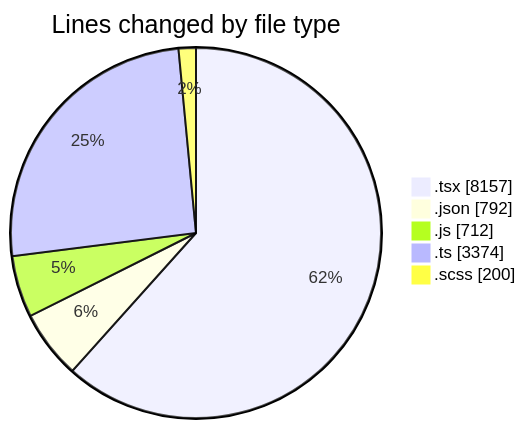
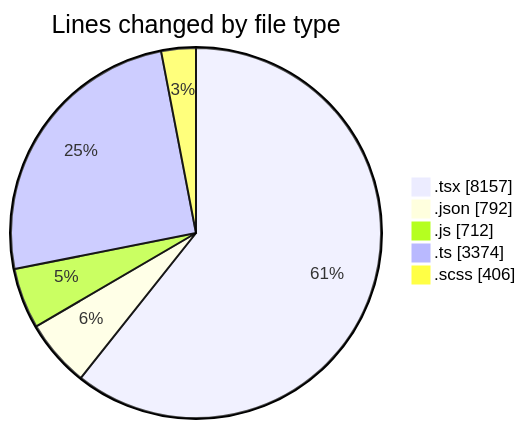
Before and after one commit to momahboobian/code-tracking: the first of 2 diagrams in 2026-08-07/cda/README.md, drawn with Mermaid. The commit also changed other lines of this file and 1 other file, not shown here.

````diff
--- a/2026-08-07/cda/README.md
+++ b/2026-08-07/cda/README.md
@@ -36,9 +36,9 @@
 ```mermaid
 pie showData
 title Lines changed by file type
 ".tsx" : 8157
 ".json" : 792
 ".js" : 712
 ".ts" : 3374
-".scss" : 200
+".scss" : 406
 ```
````
